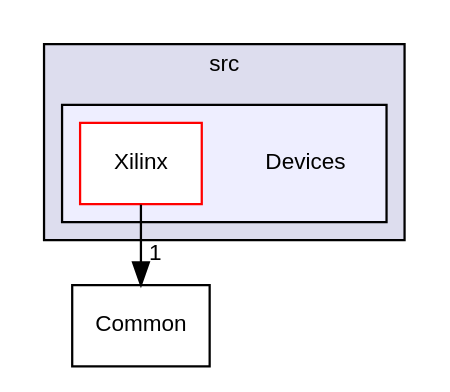
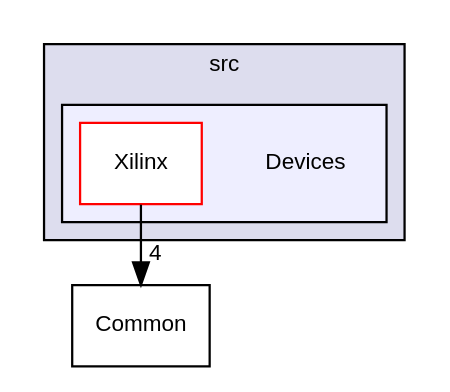
Before and after one commit to FPGA-Research-Manchester/byteman: the diagram in dir_27b17494125eb78195473abe004504ab_dep.dot, drawn with Graphviz. The commit also changed 566 other files, not shown here.

```diff
--- a/dir_27b17494125eb78195473abe004504ab_dep.dot
+++ b/dir_27b17494125eb78195473abe004504ab_dep.dot
@@ -1,15 +1,15 @@
 digraph "src/Devices" {
   compound=true
   node [ fontsize="10", fontname="Helvetica"];
   edge [ labelfontsize="10", labelfontname="Helvetica"];
   subgraph clusterdir_68267d1309a1af8e8297ef4c3efbcdba {
     graph [ bgcolor="#ddddee", pencolor="black", label="src" fontname="Helvetica", fontsize="10", URL="dir_68267d1309a1af8e8297ef4c3efbcdba.html"]
   subgraph clusterdir_27b17494125eb78195473abe004504ab {
     graph [ bgcolor="#eeeeff", pencolor="black", label="" URL="dir_27b17494125eb78195473abe004504ab.html"];
     dir_27b17494125eb78195473abe004504ab [shape=plaintext label="Devices"];
     dir_3b80f9b66070ce327ebd8ab923ef7ff0 [shape=box label="Xilinx" color="red" fillcolor="white" style="filled" URL="dir_3b80f9b66070ce327ebd8ab923ef7ff0.html"];
   }
   }
   dir_ba210d1fa67db7bee1bb22e0a3c11d9f [shape=box label="Common" URL="dir_ba210d1fa67db7bee1bb22e0a3c11d9f.html"];
-  dir_3b80f9b66070ce327ebd8ab923ef7ff0->dir_ba210d1fa67db7bee1bb22e0a3c11d9f [headlabel="1", labeldistance=1.5 headhref="dir_000003_000001.html"];
+  dir_3b80f9b66070ce327ebd8ab923ef7ff0->dir_ba210d1fa67db7bee1bb22e0a3c11d9f [headlabel="4", labeldistance=1.5 headhref="dir_000003_000001.html"];
 }
```
